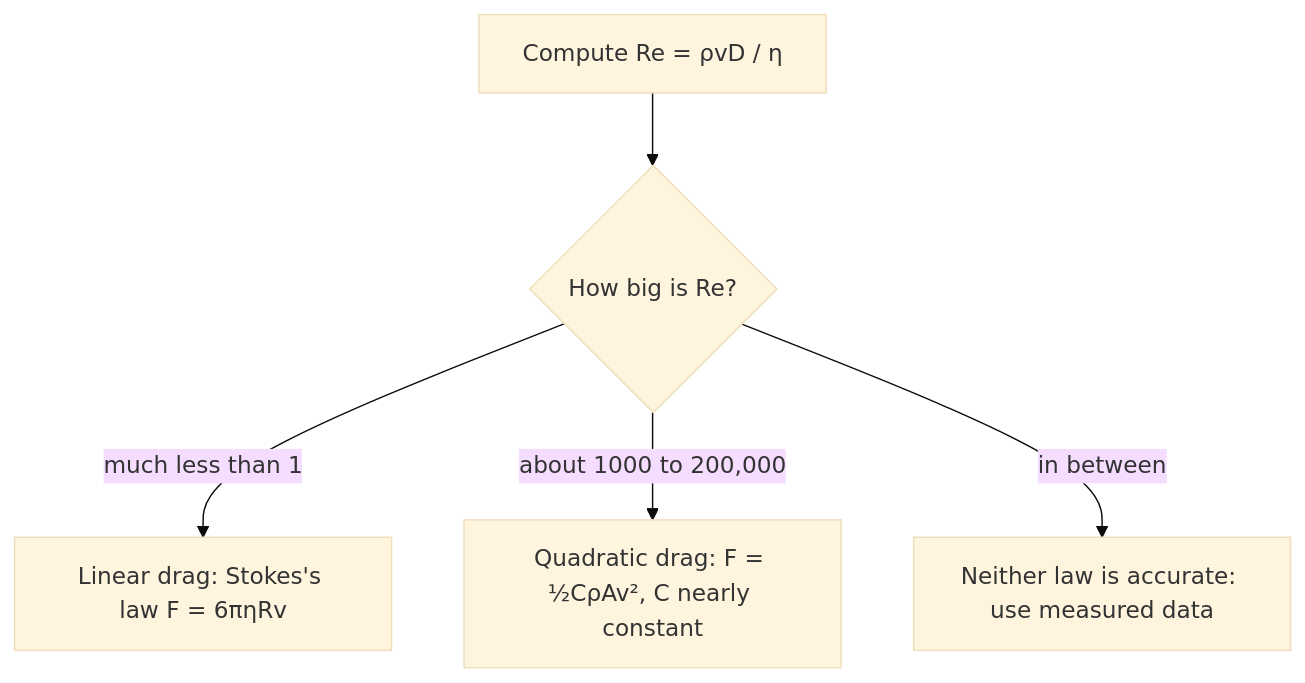
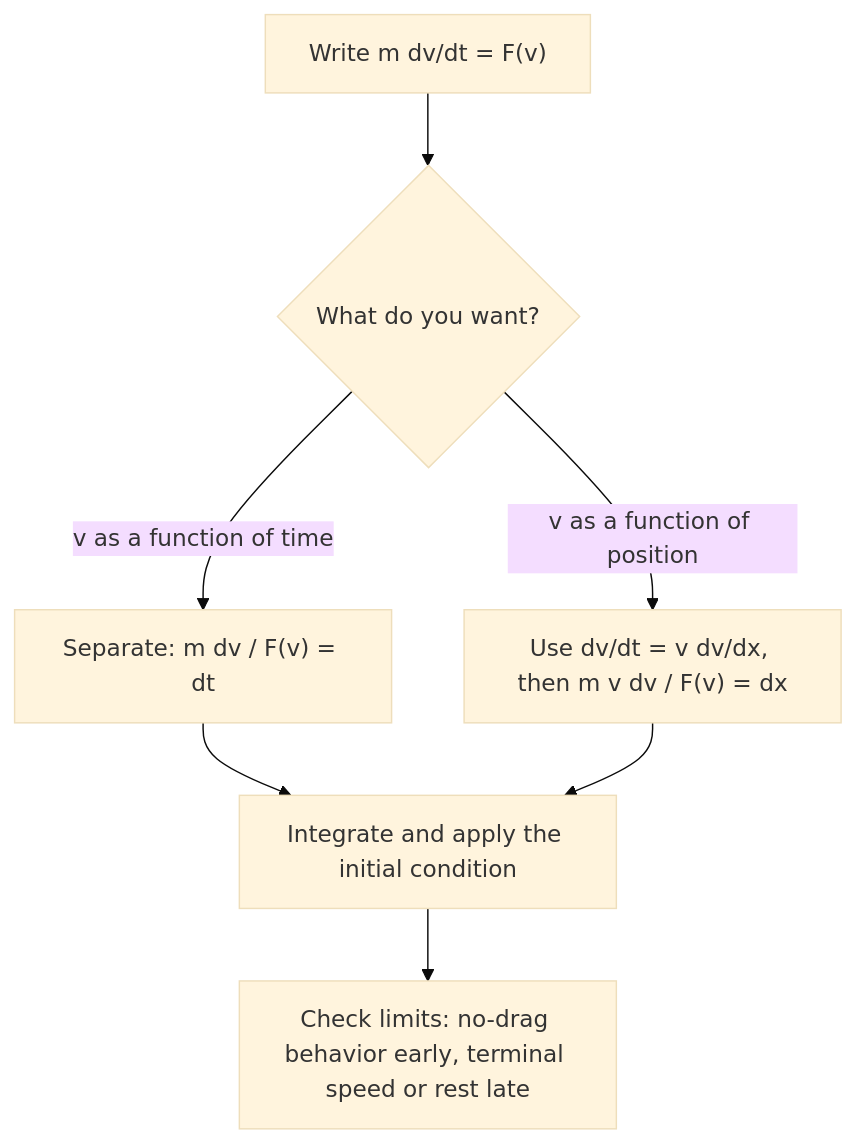
One commit to Aziliz/erudior changed the diagram in content/math/university-physics-1/lessons/10h2-drag.md. Above: the diagram before and after it, drawn with Mermaid (base theme). The commit also changed other lines of this file and 33 other files, not shown here.

````diff
--- a/content/math/university-physics-1/lessons/10h2-drag.md
+++ b/content/math/university-physics-1/lessons/10h2-drag.md
@@ -37,9 +31,11 @@
 ```mermaid
 flowchart TD
-  accTitle: Choosing a drag law from the Reynolds number
-  accDescr: Compute the Reynolds number, density times speed times size divided by viscosity. If it is much less than 1, viscosity dominates and drag is linear, given by Stokes's law. If it is roughly 1000 to 200000, inertia dominates and drag is quadratic with a nearly constant drag coefficient. In between, neither simple law is accurate and measured drag data are needed.
-  A["Compute Re = ρvD / η"] --> B{"How big is Re?"}
-  B -- "much less than 1" --> L["Linear drag: Stokes's law F = 6πηRv"]
-  B -- "about 1000 to 200,000" --> Q["Quadratic drag: F = ½CρAv², C nearly constant"]
-  B -- "in between" --> M["Neither law is accurate: use measured data"]
+  accTitle: Solving a problem with a velocity-dependent force
+  accDescr: Write m dv/dt equals the net force F of v. If you want velocity as a function of time, separate it as m dv over F of v equals dt and integrate. If you want velocity as a function of position, use the chain rule dv/dt equals v dv/dx, separate as m v dv over F of v equals dx and integrate. Either way, apply the initial condition, then check the limits: early on the motion should match the no-drag answer, and late it should approach terminal velocity or rest.
+  A["Write m dv/dt = F(v)"] --> B{"What do you want?"}
+  B -- "v as a function of time" --> C["Separate: m dv / F(v) = dt"]
+  B -- "v as a function of position" --> D["Use dv/dt = v dv/dx, then m v dv / F(v) = dx"]
+  C --> E["Integrate and apply the initial condition"]
+  D --> E
+  E --> F["Check limits: no-drag behavior early, terminal speed or rest late"]
 ```
````
